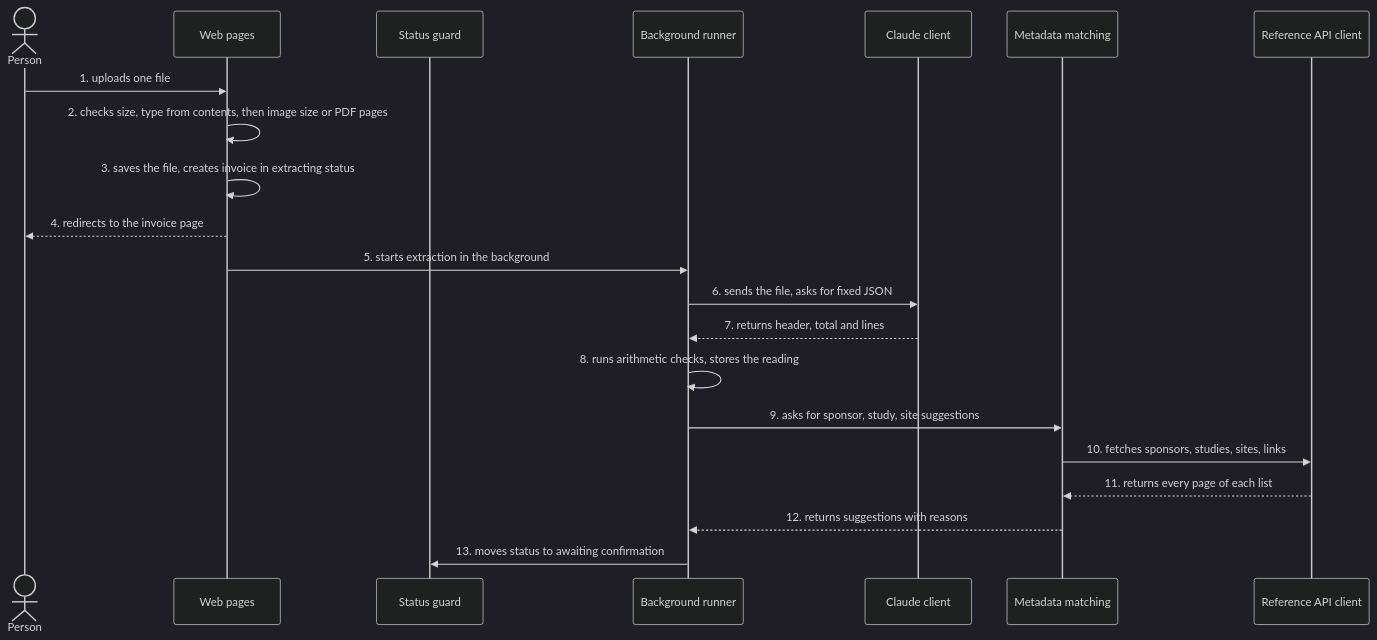
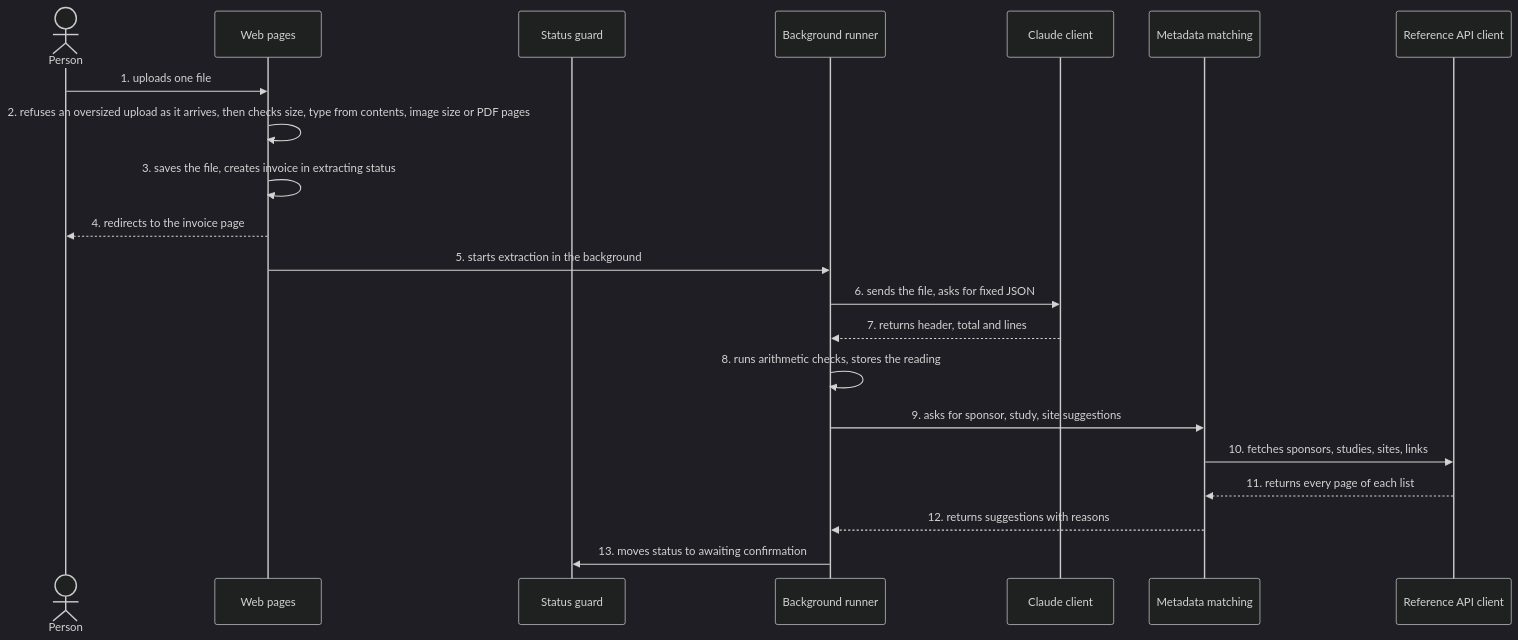
One commit to lucycchi/ai-invoice-ingestion-platform changed the fourth of 14 diagrams in docs/ARCHITECTURE.md. Above: the diagram before and after it, drawn with Mermaid (dark theme). The commit also changed other lines of this file and 29 other files, not shown here.

````diff
--- a/docs/ARCHITECTURE.md
+++ b/docs/ARCHITECTURE.md
@@ -260,24 +269,24 @@
 ```mermaid
 sequenceDiagram
     actor U as Person
     participant P as Web pages
     participant G as Status guard
     participant R as Background runner
     participant C as Claude client
     participant M as Metadata matching
     participant A as Reference API client
 
     U->>P: 1. uploads one file
-    P->>P: 2. checks size, type from contents, then image size or PDF pages
+    P->>P: 2. refuses an oversized upload as it arrives, then checks size, type from contents, image size or PDF pages
     P->>P: 3. saves the file, creates invoice in extracting status
     P-->>U: 4. redirects to the invoice page
     P->>R: 5. starts extraction in the background
     R->>C: 6. sends the file, asks for fixed JSON
     C-->>R: 7. returns header, total and lines
     R->>R: 8. runs arithmetic checks, stores the reading
     R->>M: 9. asks for sponsor, study, site suggestions
     M->>A: 10. fetches sponsors, studies, sites, links
     A-->>M: 11. returns every page of each list
     M-->>R: 12. returns suggestions with reasons
     R->>G: 13. moves status to awaiting confirmation
 ```
````
